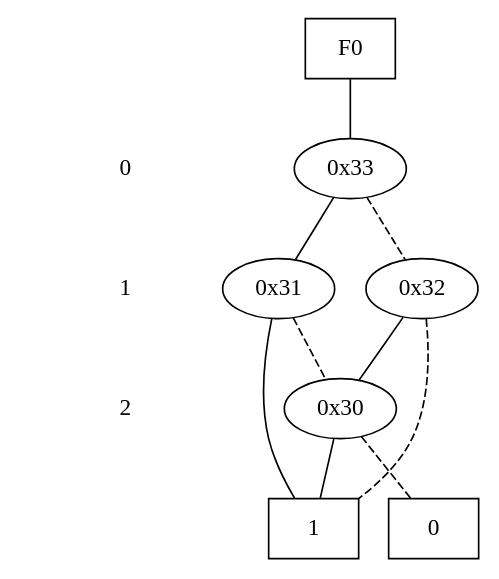
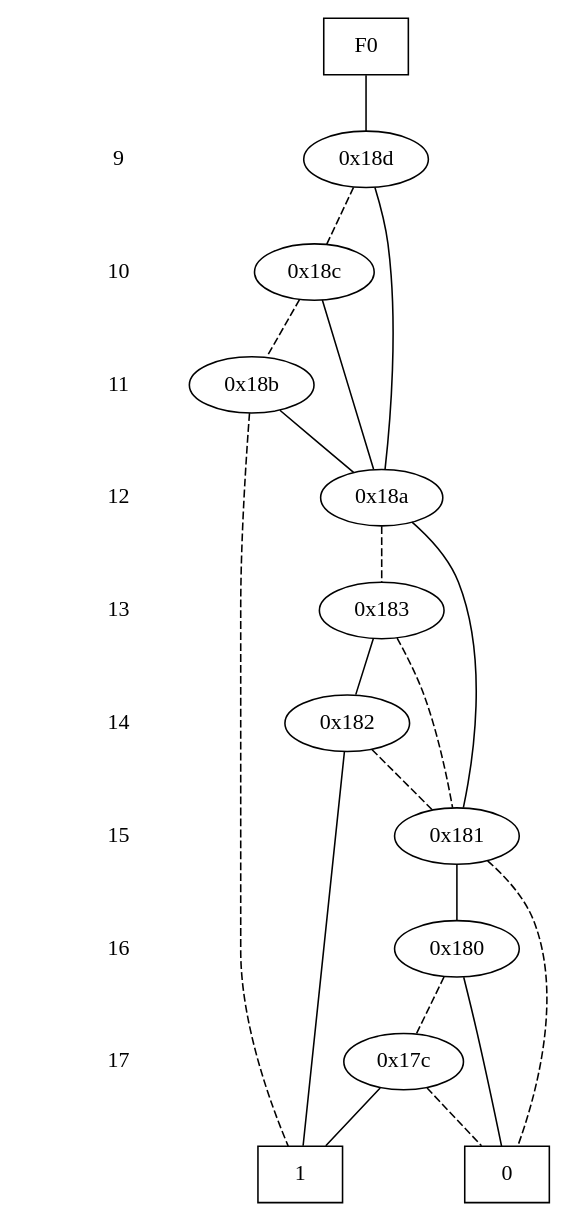
The diagram in bdd/graph.dot (brewmaster011/bdd_generator), drawn with Graphviz before and after one commit. The commit also changed 3 other files, not shown here.

Commit message:
Printing only the last formulas diagram

```diff
--- a/bdd/graph.dot
+++ b/bdd/graph.dot
@@ -1,38 +1,65 @@
 digraph "DD" {
 size = "7.5,10"
 center = true;
 edge [dir = none];
 { node [shape = plaintext];
   edge [style = invis];
   "CONST NODES" [style = invis];
-" 0 " -> " 1 " -> " 2 " -> "CONST NODES"; 
+" 9 " -> " 10 " -> " 11 " -> " 12 " -> " 13 " -> " 14 " -> " 15 " -> " 16 " -> " 17 " -> "CONST NODES"; 
 }
 { rank = same; node [shape = box]; edge [style = invis];
 "F0"; }
-{ rank = same; " 0 ";
-"0x33";
+{ rank = same; " 9 ";
+"0x18d";
 }
-{ rank = same; " 1 ";
-"0x31";
-"0x32";
+{ rank = same; " 10 ";
+"0x18c";
 }
-{ rank = same; " 2 ";
-"0x30";
+{ rank = same; " 11 ";
+"0x18b";
+}
+{ rank = same; " 12 ";
+"0x18a";
+}
+{ rank = same; " 13 ";
+"0x183";
+}
+{ rank = same; " 14 ";
+"0x182";
+}
+{ rank = same; " 15 ";
+"0x181";
+}
+{ rank = same; " 16 ";
+"0x180";
+}
+{ rank = same; " 17 ";
+"0x17c";
 }
 { rank = same; "CONST NODES";
-{ node [shape = box]; "0x26";
-"0x25";
+{ node [shape = box]; "0x126";
+"0x125";
 }
 }
-"F0" -> "0x33" [style = solid];
-"0x33" -> "0x31";
-"0x33" -> "0x32" [style = dashed];
-"0x31" -> "0x25";
-"0x31" -> "0x30" [style = dashed];
-"0x32" -> "0x30";
-"0x32" -> "0x25" [style = dashed];
-"0x30" -> "0x25";
-"0x30" -> "0x26" [style = dashed];
-"0x26" [label = "0"];
-"0x25" [label = "1"];
+"F0" -> "0x18d" [style = solid];
+"0x18d" -> "0x18a";
+"0x18d" -> "0x18c" [style = dashed];
+"0x18c" -> "0x18a";
+"0x18c" -> "0x18b" [style = dashed];
+"0x18b" -> "0x18a";
+"0x18b" -> "0x125" [style = dashed];
+"0x18a" -> "0x181";
+"0x18a" -> "0x183" [style = dashed];
+"0x183" -> "0x182";
+"0x183" -> "0x181" [style = dashed];
+"0x182" -> "0x125";
+"0x182" -> "0x181" [style = dashed];
+"0x181" -> "0x180";
+"0x181" -> "0x126" [style = dashed];
+"0x180" -> "0x126";
+"0x180" -> "0x17c" [style = dashed];
+"0x17c" -> "0x125";
+"0x17c" -> "0x126" [style = dashed];
+"0x126" [label = "0"];
+"0x125" [label = "1"];
 }
```
